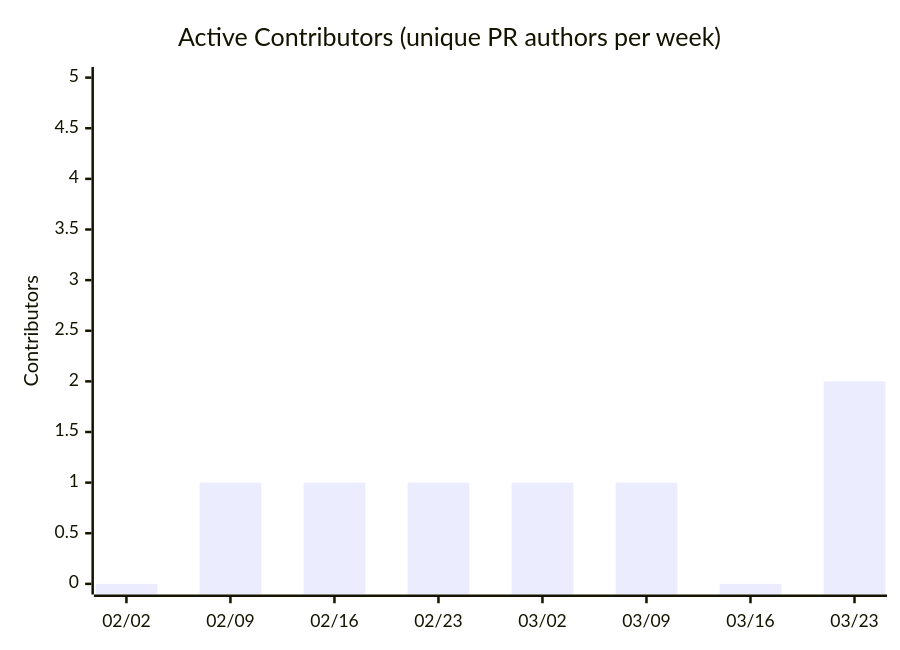
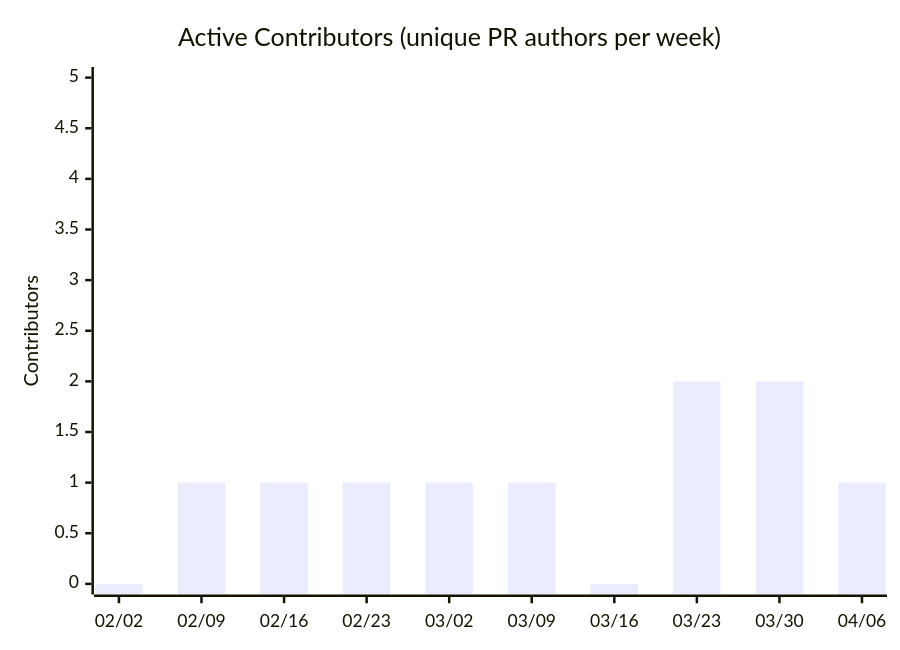
Before and after one commit to nablarch/nabledge-dev: the seventh of 14 diagrams in docs/metrics.md, drawn with Mermaid. The commit also changed other lines of this file and 2 other files, not shown here.

````diff
--- a/docs/metrics.md
+++ b/docs/metrics.md
@@ -109,7 +109,7 @@
 ```mermaid
 xychart-beta
   title "Active Contributors (unique PR authors per week)"
-  x-axis ["02/02", "02/09", "02/16", "02/23", "03/02", "03/09", "03/16", "03/23"]
+  x-axis ["02/02", "02/09", "02/16", "02/23", "03/02", "03/09", "03/16", "03/23", "03/30", "04/06"]
   y-axis "Contributors" 0 --> 5
-  bar [0, 1, 1, 1, 1, 1, 0, 2]
+  bar [0, 1, 1, 1, 1, 1, 0, 2, 2, 1]
 ```
````
